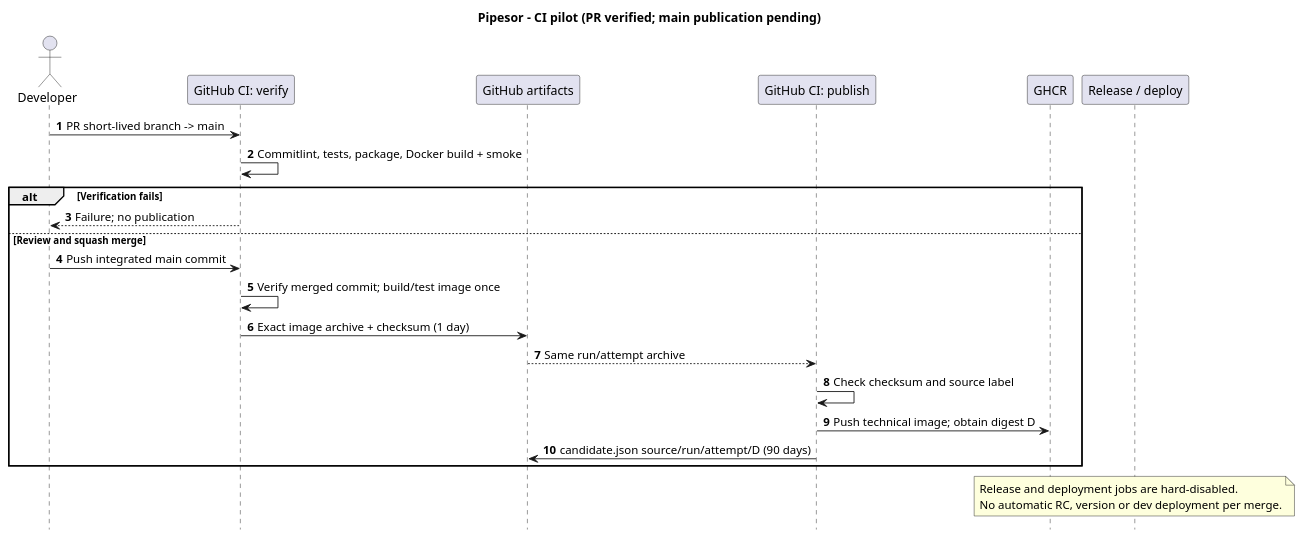
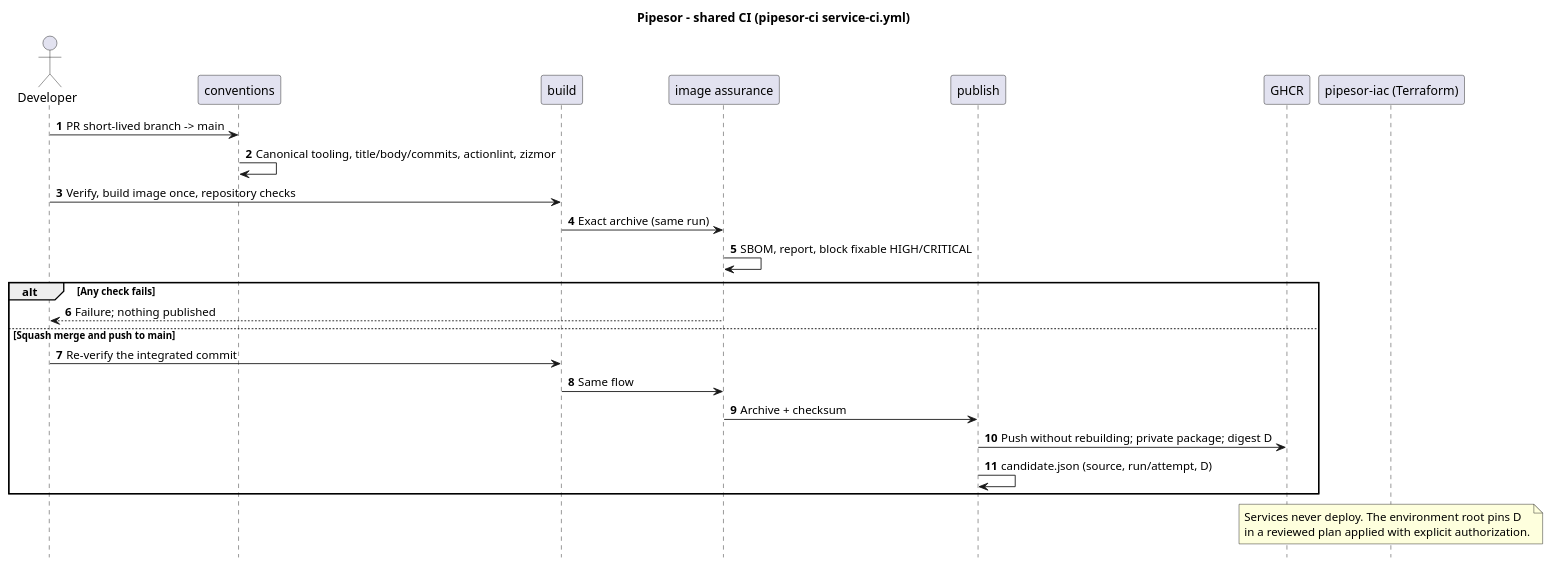
One commit to pipesor-org/pipesor-docs changed the first of 2 diagrams in docs/development/cicd.md. Above: the diagram before and after it, drawn with PlantUML. The commit also changed other lines of this file and 2 other files, not shown here.

First line of the commit message:
docs(development): update the ci/cd guide for the shared pipeline (#38)

````diff
--- a/docs/development/cicd.md
+++ b/docs/development/cicd.md
@@ -80,30 +52,32 @@
 ```puml
-@startuml Pipesor_CI_Pilot
-title Pipesor - CI pilot (PR verified; main publication pending)
+@startuml Pipesor_Shared_CI
+title Pipesor - shared CI (pipesor-ci service-ci.yml)
 autonumber
 hide footbox
 actor Developer as dev
-participant "GitHub CI: verify" as ci
-participant "GitHub artifacts" as artifacts
-participant "GitHub CI: publish" as publish
+participant "conventions" as conv
+participant "build" as build
+participant "image assurance" as scan
+participant "publish" as publish
 participant GHCR as registry
-participant "Release / deploy" as delivery
-dev -> ci : PR short-lived branch -> main
-ci -> ci : Commitlint, tests, package, Docker build + smoke
-alt Verification fails
-  ci --> dev : Failure; no publication
-else Review and squash merge
-  dev -> ci : Push integrated main commit
-  ci -> ci : Verify merged commit; build/test image once
-  ci -> artifacts : Exact image archive + checksum (1 day)
-  artifacts --> publish : Same run/attempt archive
-  publish -> publish : Check checksum and source label
-  publish -> registry : Push technical image; obtain digest D
-  publish -> artifacts : candidate.json source/run/attempt/D (90 days)
+participant "pipesor-iac (Terraform)" as iac
+dev -> conv : PR short-lived branch -> main
+conv -> conv : Canonical tooling, title/body/commits, actionlint, zizmor
+dev -> build : Verify, build image once, repository checks
+build -> scan : Exact archive (same run)
+scan -> scan : SBOM, report, block fixable HIGH/CRITICAL
+alt Any check fails
+  scan --> dev : Failure; nothing published
+else Squash merge and push to main
+  dev -> build : Re-verify the integrated commit
+  build -> scan : Same flow
+  scan -> publish : Archive + checksum
+  publish -> registry : Push without rebuilding; private package; digest D
+  publish -> publish : candidate.json (source, run/attempt, D)
 end
-note over delivery
-Release and deployment jobs are hard-disabled.
-No automatic RC, version or dev deployment per merge.
+note over iac
+Services never deploy. The environment root pins D
+in a reviewed plan applied with explicit authorization.
 end note
 @enduml
 ```
````
